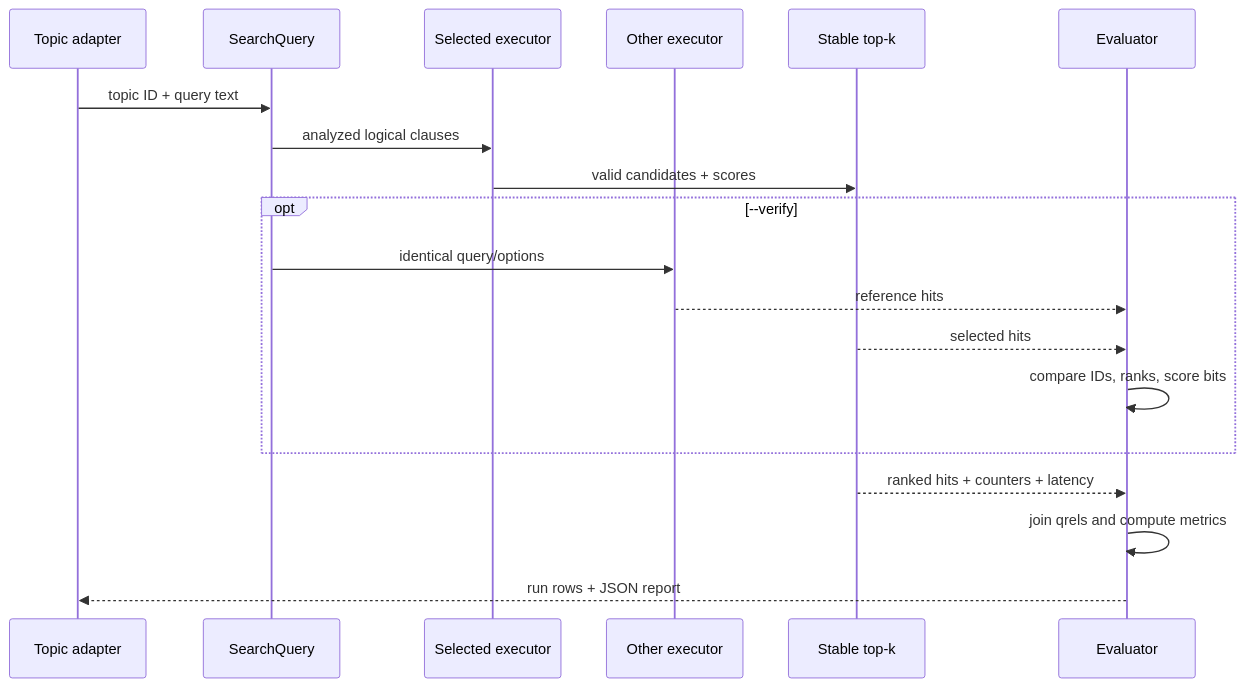
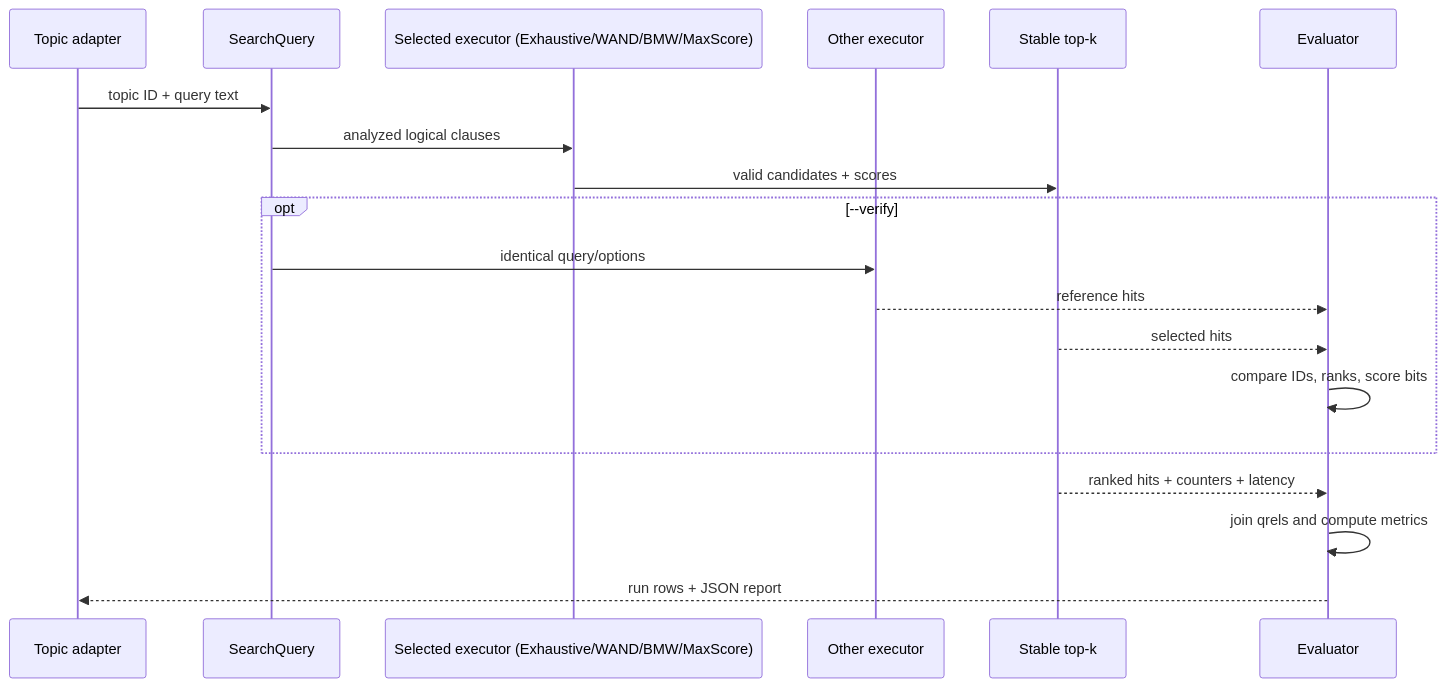
One commit to appleweiping/IndexSail changed the second of 2 diagrams in docs/architecture.md. Above: the diagram before and after it, drawn with Mermaid. The commit also changed other lines of this file and 9 other files, not shown here.

Commit message:
Add exact MaxScore retrieval executor

````diff
--- a/docs/architecture.md
+++ b/docs/architecture.md
@@ -43,22 +43,22 @@
 ```mermaid
 sequenceDiagram
     participant T as Topic adapter
     participant Q as SearchQuery
-    participant S as Selected executor
+    participant S as Selected executor (Exhaustive/WAND/BMW/MaxScore)
     participant O as Other executor
     participant K as Stable top-k
     participant E as Evaluator
 
     T->>Q: topic ID + query text
     Q->>S: analyzed logical clauses
     S->>K: valid candidates + scores
     opt --verify
         Q->>O: identical query/options
         O-->>E: reference hits
         K-->>E: selected hits
         E->>E: compare IDs, ranks, score bits
     end
     K-->>E: ranked hits + counters + latency
     E->>E: join qrels and compute metrics
     E-->>T: run rows + JSON report
 ```
````
